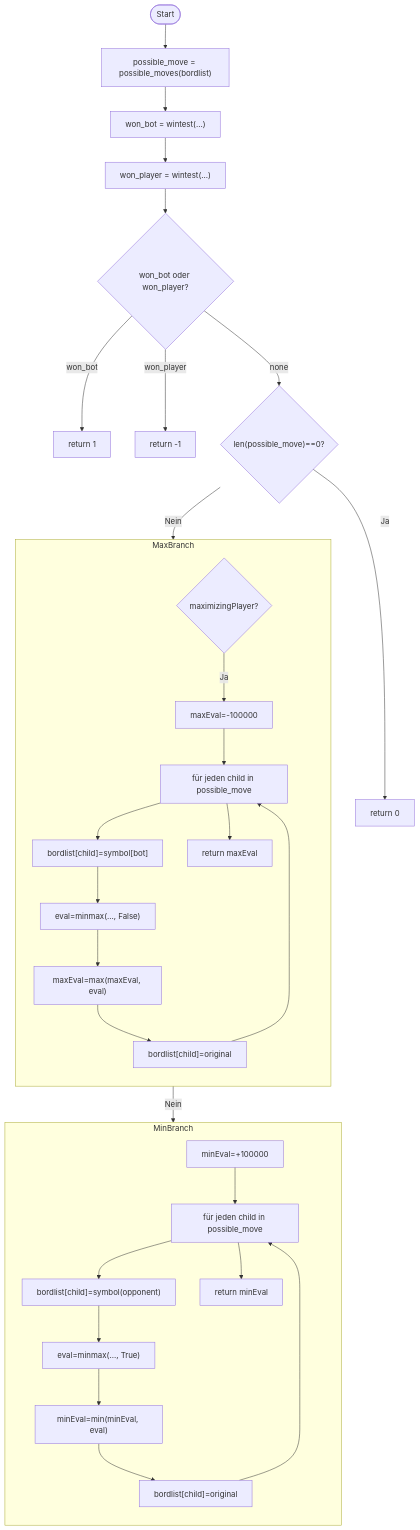
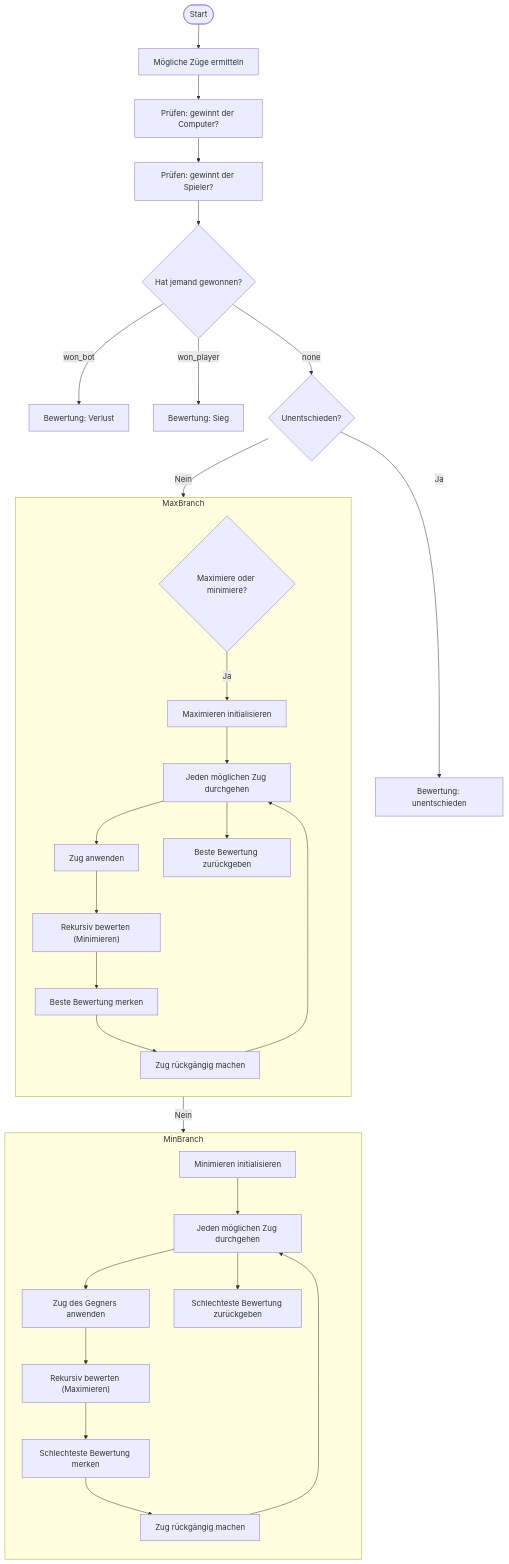
One commit to Finn965/Informatik-1-Softwareprojekt changed diagram 12 of 13 in flowchart.md. Above: the diagram before and after it, drawn with Mermaid. The commit also changed other lines of this file, not shown here.

````diff
--- a/flowchart.md
+++ b/flowchart.md
@@ -217,37 +217,37 @@
 ```mermaid
 flowchart TD
     Start([Start])
-    Start --> Moves["possible_move = possible_moves(bordlist)"]
-    Moves --> WinBot["won_bot = wintest(...)"]
-    WinBot --> WinPlayer["won_player = wintest(...)"]
-    WinPlayer --> CheckWin{won_bot oder won_player?}
-    CheckWin -- won_bot --> ReturnLose["return 1"]
-    CheckWin -- won_player --> ReturnWin["return -1"]
-    CheckWin -- none --> Tie{"len(possible_move)==0?"}
-    Tie -- Ja --> ReturnTie["return 0"]
-    Tie -- Nein --> MaxCheck{maximizingPlayer?}
+    Start --> Moves["Mögliche Züge ermitteln"]
+    Moves --> WinBot["Prüfen: gewinnt der Computer?" ]
+    WinBot --> WinPlayer["Prüfen: gewinnt der Spieler?"]
+    WinPlayer --> CheckWin{"Hat jemand gewonnen?"}
+    CheckWin -- won_bot --> ReturnLose["Bewertung: Verlust"]
+    CheckWin -- won_player --> ReturnWin["Bewertung: Sieg"]
+    CheckWin -- none --> Tie{"Unentschieden?"}
+    Tie -- Ja --> ReturnTie["Bewertung: unentschieden"]
+    Tie -- Nein --> MaxCheck{"Maximiere oder minimiere?"}
 
     subgraph MaxBranch
         direction TB
-        MaxCheck -- Ja --> MaxInit["maxEval=-100000"]
-        MaxInit --> MaxLoop["für jeden child in possible_move"]
-        MaxLoop --> Apply["bordlist[child]=symbol[bot] "]
-        Apply --> Recurse["eval=minmax(..., False)"]
-        Recurse --> UpdateMax["maxEval=max(maxEval, eval)"]
-        UpdateMax --> Undo["bordlist[child]=original"]
+        MaxCheck -- Ja --> MaxInit["Maximieren initialisieren"]
+        MaxInit --> MaxLoop["Jeden möglichen Zug durchgehen"]
+        MaxLoop --> Apply["Zug anwenden"]
+        Apply --> Recurse["Rekursiv bewerten (Minimieren)"]
+        Recurse --> UpdateMax["Beste Bewertung merken"]
+        UpdateMax --> Undo["Zug rückgängig machen"]
         Undo --> MaxLoop
-        MaxLoop --> ReturnMax["return maxEval"]
+        MaxLoop --> ReturnMax["Beste Bewertung zurückgeben"]
     end
 
     subgraph MinBranch
         direction TB
-        MaxCheck -- Nein --> MinInit["minEval=+100000"]
-        MinInit --> MinLoop["für jeden child in possible_move"]
-        MinLoop --> Apply2["bordlist[child]=symbol(opponent)"]
-        Apply2 --> Recurse2["eval=minmax(..., True)"]
-        Recurse2 --> UpdateMin["minEval=min(minEval, eval)"]
-        UpdateMin --> Undo2["bordlist[child]=original"]
+        MaxCheck -- Nein --> MinInit["Minimieren initialisieren"]
+        MinInit --> MinLoop["Jeden möglichen Zug durchgehen"]
+        MinLoop --> Apply2["Zug des Gegners anwenden"]
+        Apply2 --> Recurse2["Rekursiv bewerten (Maximieren)"]
+        Recurse2 --> UpdateMin["Schlechteste Bewertung merken"]
+        UpdateMin --> Undo2["Zug rückgängig machen"]
         Undo2 --> MinLoop
-        MinLoop --> ReturnMin["return minEval"]
+        MinLoop --> ReturnMin["Schlechteste Bewertung zurückgeben"]
     end
 ```
````
